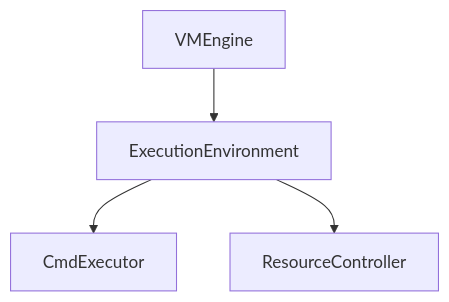
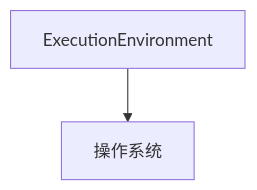
The third of 3 diagrams in docs/detailed_design/execution_environment_detailed_design.md (lengzhao/vm), drawn with Mermaid before and after one commit. The commit also changed other lines of this file and 11 other files, not shown here.

````diff
--- a/docs/detailed_design/execution_environment_detailed_design.md
+++ b/docs/detailed_design/execution_environment_detailed_design.md
@@ -342,6 +237,4 @@
 ```mermaid
 graph TD
-A[VMEngine] --> B[ExecutionEnvironment]
-B --> C[CmdExecutor]
-B --> D[ResourceController]
+A[ExecutionEnvironment] --> B[操作系统]
 ```
````
